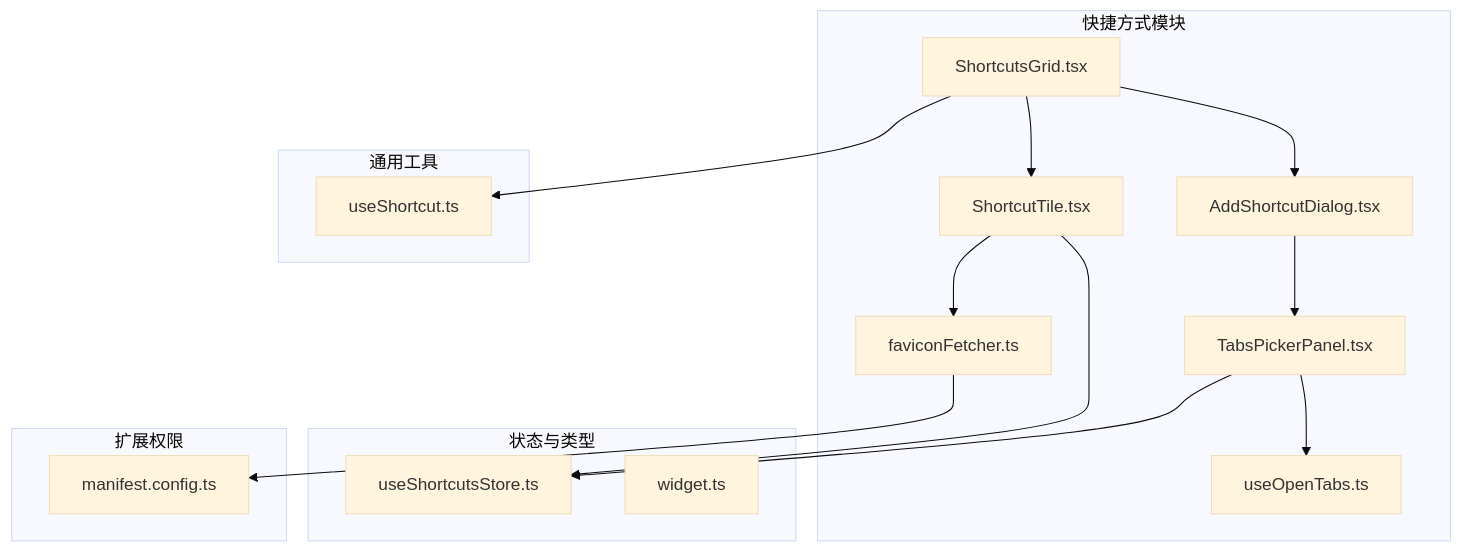
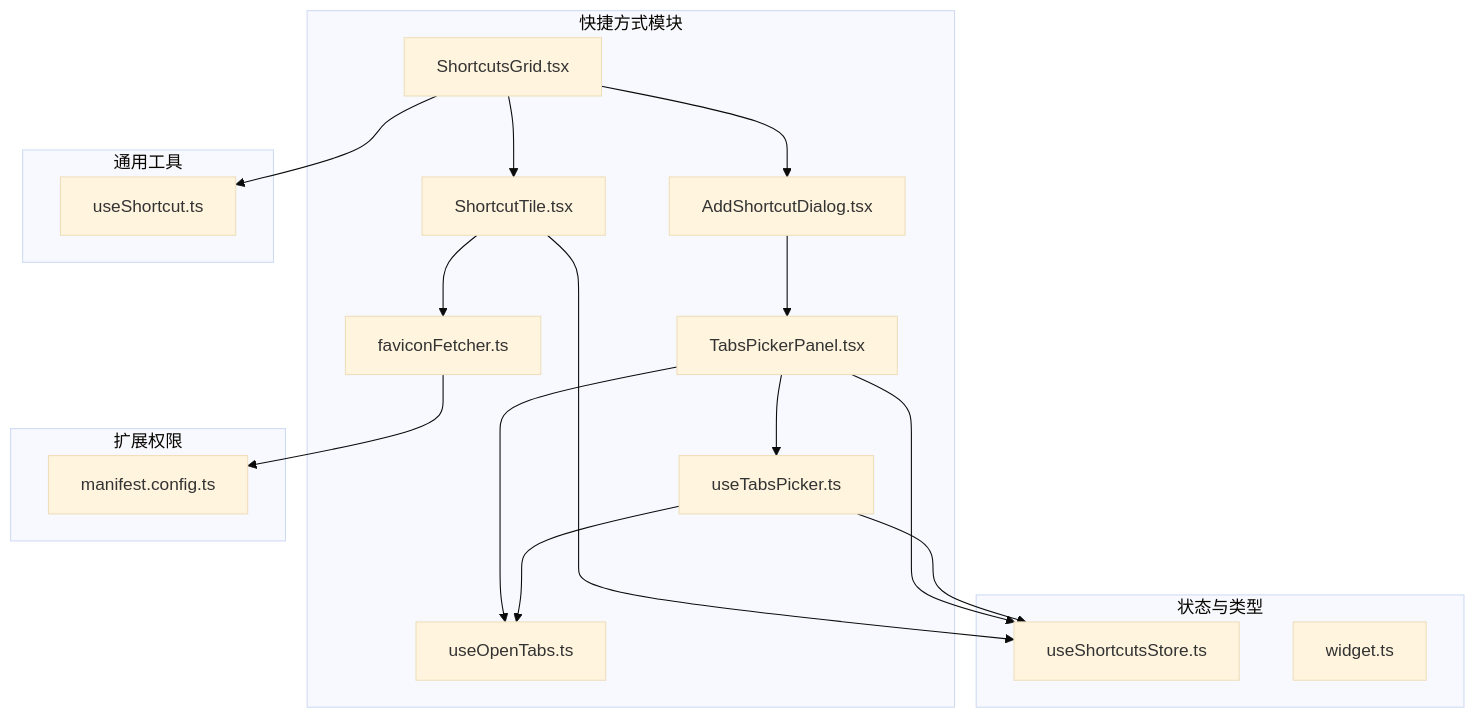
Before and after one commit to Zy0913/xtab: the first of 7 diagrams in .qoder/repowiki/zh/content/核心功能模块/快捷方式组件.md, drawn with Mermaid (base theme). The commit also changed other lines of this file and 15 other files, not shown here.

````diff
--- a/.qoder/repowiki/zh/content/核心功能模块/快捷方式组件.md
+++ b/.qoder/repowiki/zh/content/核心功能模块/快捷方式组件.md
@@ -50,30 +61,34 @@
 ```mermaid
 graph TB
 subgraph "快捷方式模块"
 SG["ShortcutsGrid.tsx"]
 ST["ShortcutTile.tsx"]
 ASD["AddShortcutDialog.tsx"]
 TPP["TabsPickerPanel.tsx"]
 FF["faviconFetcher.ts"]
 UOT["useOpenTabs.ts"]
+UTP["useTabsPicker.ts"]
 end
 subgraph "状态与类型"
 USS["useShortcutsStore.ts"]
 WT["widget.ts"]
 end
 subgraph "通用工具"
 US["useShortcut.ts"]
 end
 subgraph "扩展权限"
 MAN["manifest.config.ts"]
 end
 SG --> ST
 SG --> ASD
 ASD --> TPP
+TPP --> UTP
 ST --> FF
 TPP --> UOT
 ST --> USS
 TPP --> USS
 SG --> US
 FF --> MAN
+UTP --> UOT
+UTP --> USS
 ```
````
